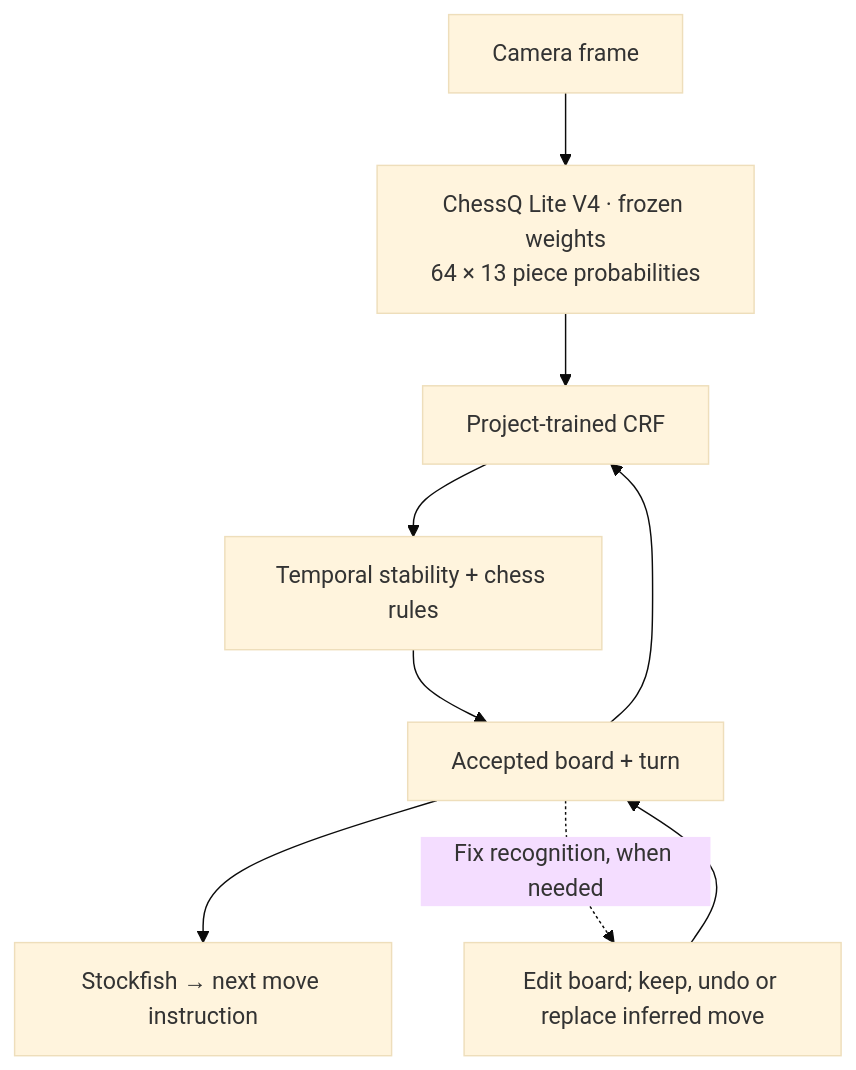
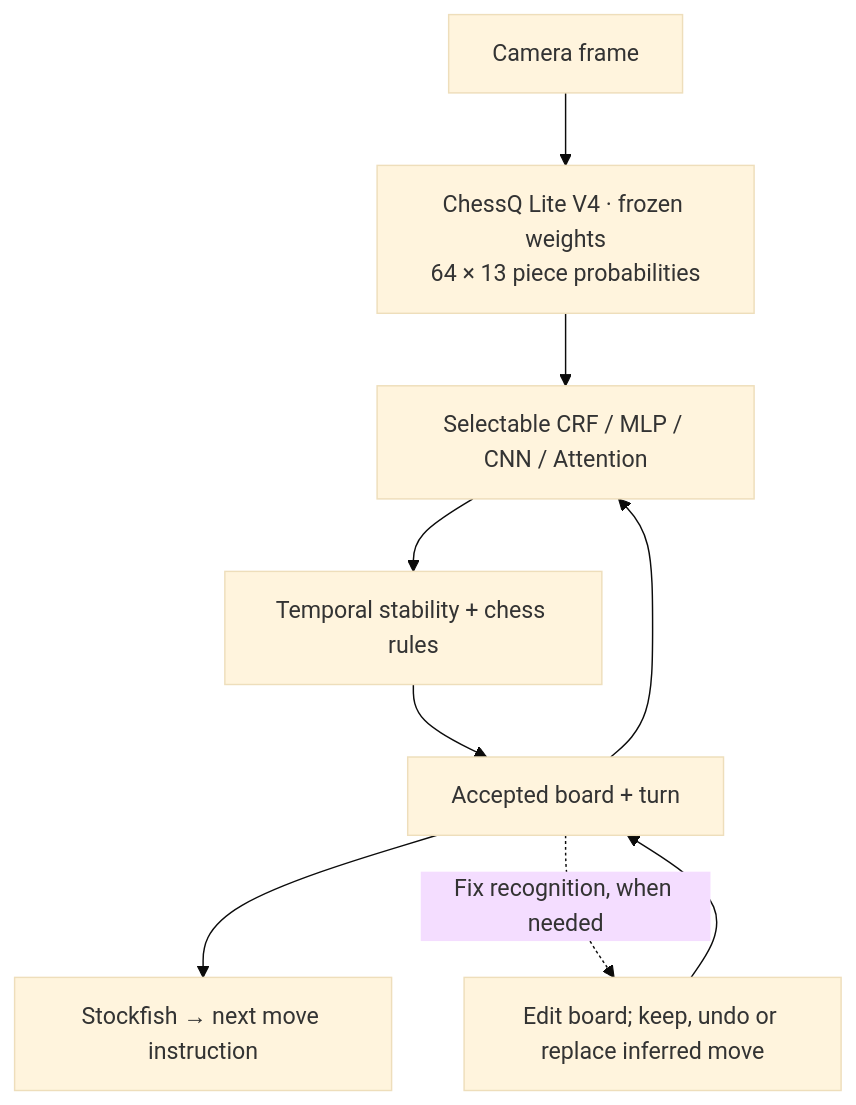
The diagram in README.md (AmethystineAlpaca/camera_chess), drawn with Mermaid (base theme) before and after one commit. The commit also changed other lines of this file and 16 other files, not shown here.

````diff
--- a/README.md
+++ b/README.md
@@ -36,11 +38,11 @@
 ```mermaid
 flowchart TD
     C["Camera frame"] --> V["ChessQ Lite V4 · frozen weights<br/>64 × 13 piece probabilities"]
-    V --> R["Project-trained CRF"]
+    V --> R["Selectable CRF / MLP / CNN / Attention"]
     G["Accepted board + turn"] --> R
     R --> T["Temporal stability + chess rules"]
     T --> G
     G --> S["Stockfish → next move instruction"]
     G -. "Fix recognition, when needed" .-> F["Edit board; keep, undo or replace inferred move"]
     F --> G
 ```
````
